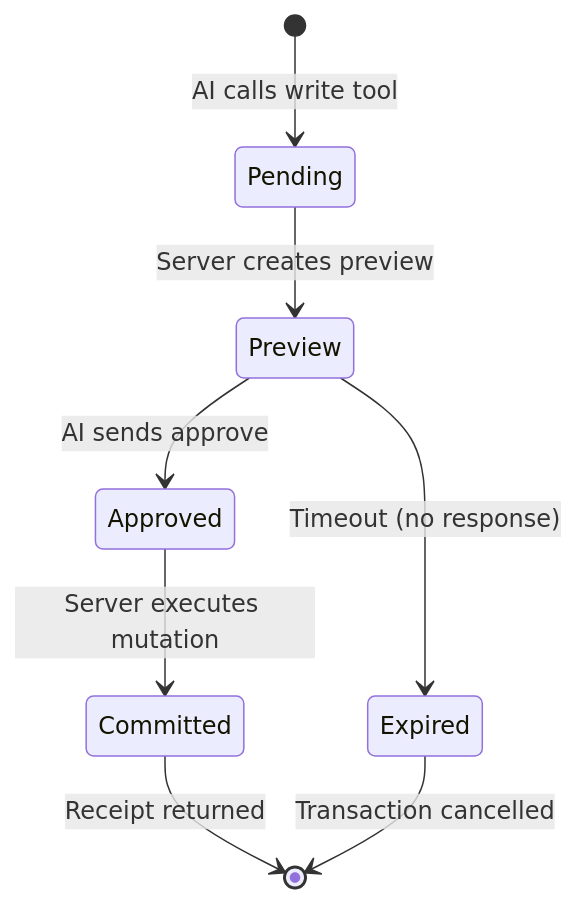
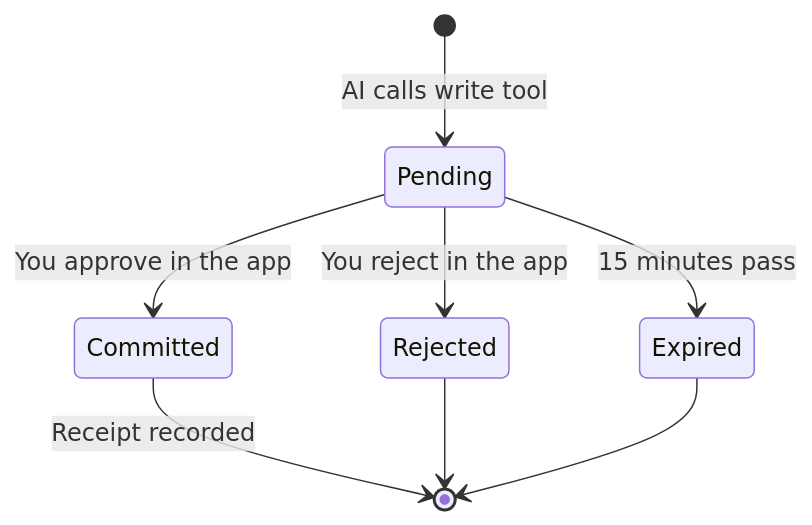
One commit to apms-org/cli changed the second of 2 diagrams in docs/concepts/mcp.md. Above: the diagram before and after it, drawn with Mermaid. The commit also changed other lines of this file and 6 other files, not shown here.

````diff
--- a/docs/concepts/mcp.md
+++ b/docs/concepts/mcp.md
@@ -78,10 +72,10 @@
 ```mermaid
 stateDiagram-v2
     [*] --> Pending: AI calls write tool
-    Pending --> Preview: Server creates preview
-    Preview --> Approved: AI sends approve
-    Preview --> Expired: Timeout (no response)
-    Approved --> Committed: Server executes mutation
-    Committed --> [*]: Receipt returned
-    Expired --> [*]: Transaction cancelled
+    Pending --> Committed: You approve in the app
+    Pending --> Rejected: You reject in the app
+    Pending --> Expired: 15 minutes pass
+    Committed --> [*]: Receipt recorded
+    Rejected --> [*]
+    Expired --> [*]
 ```
````
